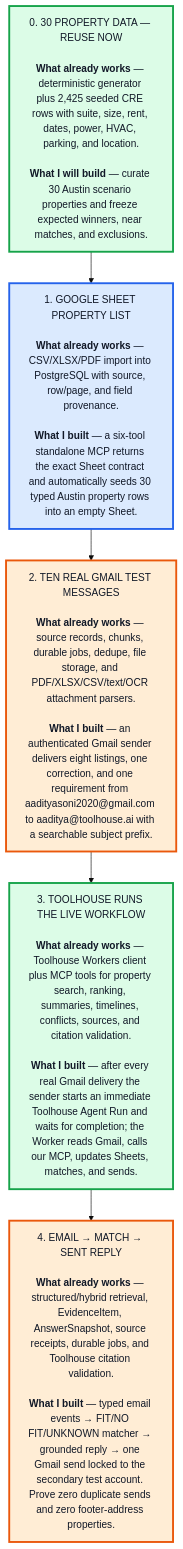
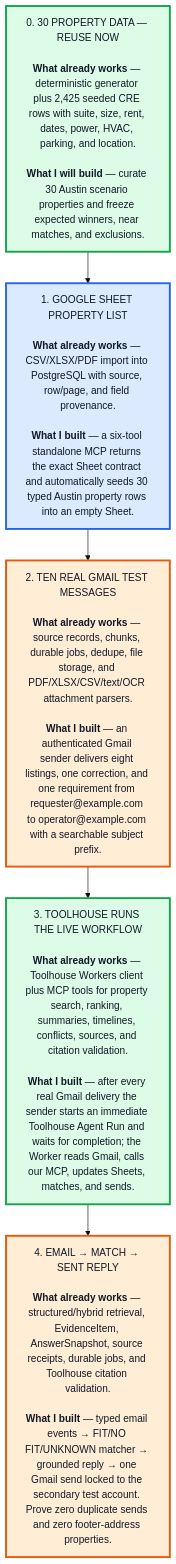
Before and after one commit to Aqwerty321/CRE-Knowledge-Engine: the diagram in docs/gmail-rag-orlie-execution.md, drawn with Mermaid (base theme). The commit also changed 15 other files, not shown here.

````diff
--- a/docs/gmail-rag-orlie-execution.md
+++ b/docs/gmail-rag-orlie-execution.md
@@ -7,22 +7,22 @@
 ```mermaid
 flowchart TB
     O0["0. 30 PROPERTY DATA — REUSE NOW<br/><br/><b>What already works</b> — deterministic generator plus 2,425 seeded CRE rows with suite, size, rent, dates, power, HVAC, parking, and location.<br/><br/><b>What I will build</b> — curate 30 Austin scenario properties and freeze expected winners, near matches, and exclusions."]
 
     O1["1. GOOGLE SHEET PROPERTY LIST<br/><br/><b>What already works</b> — CSV/XLSX/PDF import into PostgreSQL with source, row/page, and field provenance.<br/><br/><b>What I built</b> — a six-tool standalone MCP returns the exact Sheet contract and automatically seeds 30 typed Austin property rows into an empty Sheet."]
 
-    O2["2. TEN REAL GMAIL TEST MESSAGES<br/><br/><b>What already works</b> — source records, chunks, durable jobs, dedupe, file storage, and PDF/XLSX/CSV/text/OCR attachment parsers.<br/><br/><b>What I built</b> — an authenticated Gmail sender delivers eight listings, one correction, and one requirement from aadityasoni2020@gmail.com to aaditya@toolhouse.ai with a searchable subject prefix."]
+    O2["2. TEN REAL GMAIL TEST MESSAGES<br/><br/><b>What already works</b> — source records, chunks, durable jobs, dedupe, file storage, and PDF/XLSX/CSV/text/OCR attachment parsers.<br/><br/><b>What I built</b> — an authenticated Gmail sender delivers eight listings, one correction, and one requirement from requester@example.com to operator@example.com with a searchable subject prefix."]
 
     O3["3. TOOLHOUSE RUNS THE LIVE WORKFLOW<br/><br/><b>What already works</b> — Toolhouse Workers client plus MCP tools for property search, ranking, summaries, timelines, conflicts, sources, and citation validation.<br/><br/><b>What I built</b> — after every real Gmail delivery the sender starts an immediate Toolhouse Agent Run and waits for completion; the Worker reads Gmail, calls our MCP, updates Sheets, matches, and sends."]
 
     O4["4. EMAIL → MATCH → SENT REPLY<br/><br/><b>What already works</b> — structured/hybrid retrieval, EvidenceItem, AnswerSnapshot, source receipts, durable jobs, and Toolhouse citation validation.<br/><br/><b>What I built</b> — typed email events → FIT/NO FIT/UNKNOWN matcher → grounded reply → one Gmail send locked to the secondary test account. Prove zero duplicate sends and zero footer-address properties."]
 
     O0 --> O1 --> O2 --> O3 --> O4
 
     classDef ready fill:#dcfce7,stroke:#16a34a,stroke-width:3px,color:#111827
     classDef adapt fill:#dbeafe,stroke:#2563eb,stroke-width:3px,color:#111827
     classDef build fill:#ffedd5,stroke:#ea580c,stroke-width:3px,color:#111827
 
     class O0,O3 ready
     class O1 adapt
     class O2,O4 build
 ```
````
